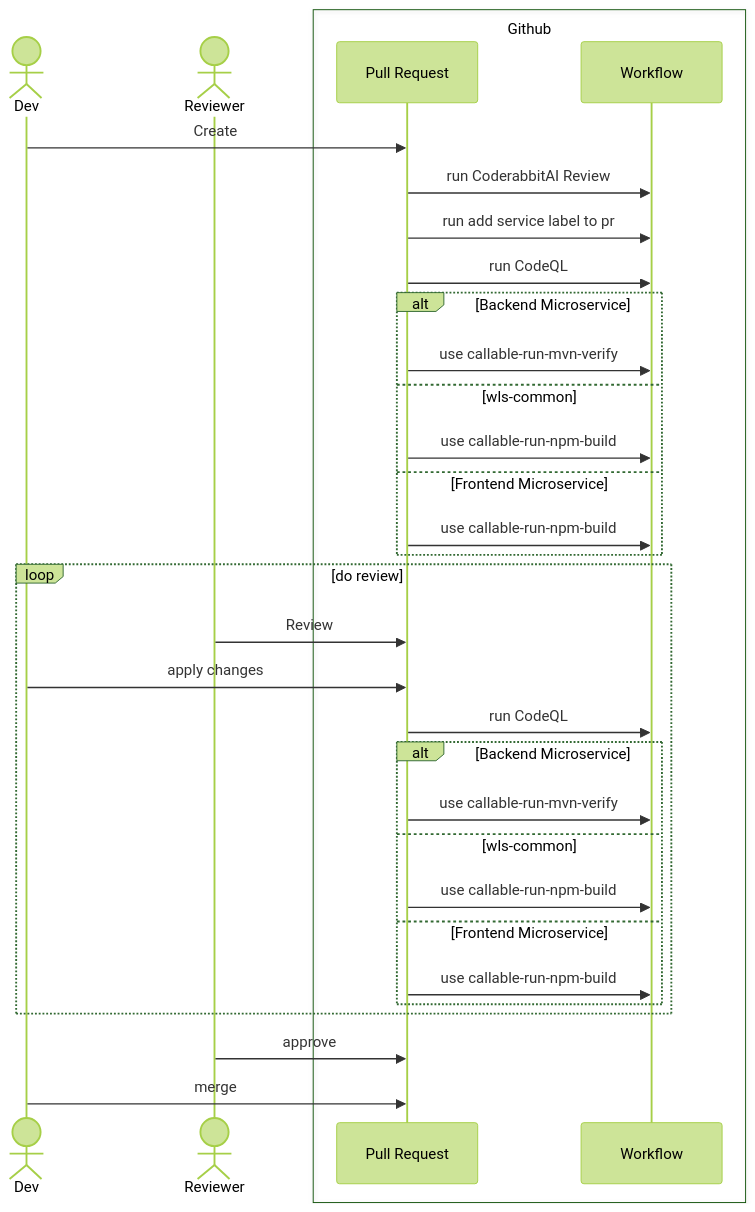
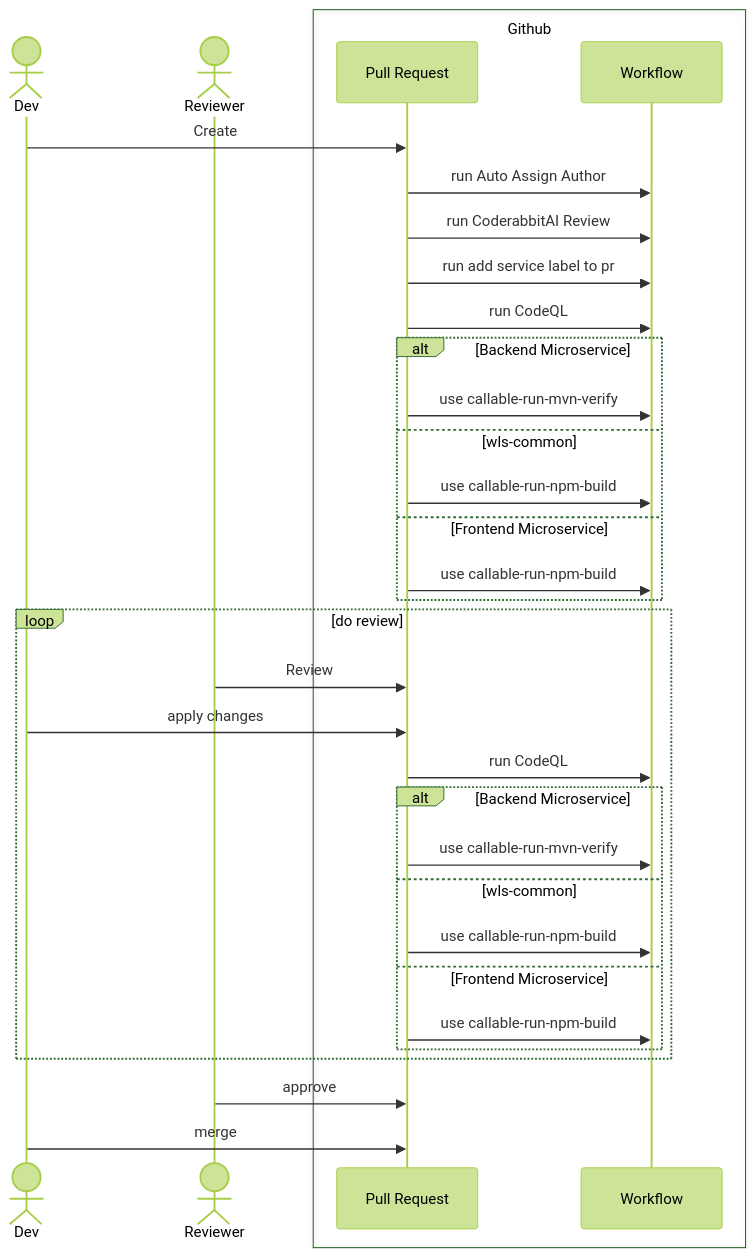
One commit to it-at-m/Wahllokalsystem changed the first of 3 diagrams in docs/src/technik/ecosystem/workflowsAndArtifacts/index.md. Above: the diagram before and after it, drawn with Mermaid (forest theme).

Commit message:
doku erweitert um auto assign

````diff
--- a/docs/src/technik/ecosystem/workflowsAndArtifacts/index.md
+++ b/docs/src/technik/ecosystem/workflowsAndArtifacts/index.md
@@ -10,42 +10,43 @@
 ```mermaid
 
 sequenceDiagram
 
     actor Dev
     actor Reviewer
 
     box Github
         participant PR as Pull Request
         participant Workflow
     end
 
     Dev ->> PR: Create
 
+    PR ->> Workflow: run Auto Assign Author
     PR ->> Workflow: run CoderabbitAI Review
     PR ->> Workflow: run add service label to pr
     
     PR ->> Workflow: run CodeQL
     alt Backend Microservice
         PR ->> Workflow: use callable-run-mvn-verify
     else wls-common
         PR ->> Workflow: use callable-run-npm-build
     else Frontend Microservice
         PR ->> Workflow: use callable-run-npm-build
     end
 
     loop do review
         Reviewer ->> PR: Review
         Dev ->> PR: apply changes
         PR ->> Workflow: run CodeQL
         alt Backend Microservice
             PR ->> Workflow: use callable-run-mvn-verify
         else wls-common
             PR ->> Workflow: use callable-run-npm-build
         else Frontend Microservice
             PR ->> Workflow: use callable-run-npm-build
         end
     end
 
     Reviewer ->> PR: approve
     Dev ->> PR: merge
 ```
````
